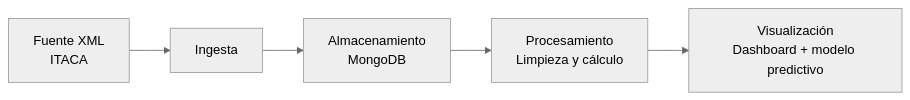
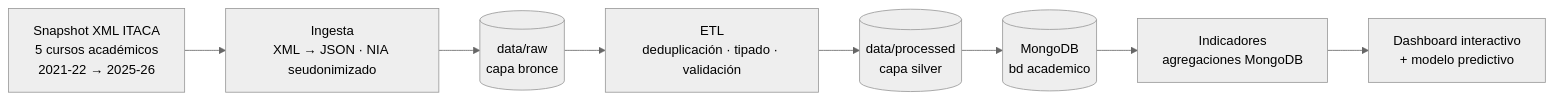
One commit to giancarlosgonzalesbarraza-blip/bigdata-p1-itaca changed the diagram in README.md. Above: the diagram before and after it, drawn with Mermaid (neutral theme). The commit also changed other lines of this file and 5 other files, not shown here.

````diff
--- a/README.md
+++ b/README.md
@@ -20,7 +30,13 @@
 ```mermaid
-graph LR
-    A[Fuente XML<br/>ITACA] --> B[Ingesta]
-    B --> C[Almacenamiento<br/>MongoDB]
-    C --> D[Procesamiento<br/>Limpieza y cálculo]
-    D --> E[Visualización<br/>Dashboard + modelo predictivo]
+flowchart LR
+    A["Snapshot XML ITACA<br/>5 cursos académicos<br/>2021-22 → 2025-26"]
+    B["Ingesta<br/>XML → JSON · NIA seudonimizado"]
+    C[("data/raw<br/>capa bronce")]
+    D["ETL<br/>deduplicación · tipado · validación"]
+    E[("data/processed<br/>capa silver")]
+    F[("MongoDB<br/>bd academico")]
+    G["Indicadores<br/>agregaciones MongoDB"]
+    H["Dashboard interactivo<br/>+ modelo predictivo"]
+
+    A --> B --> C --> D --> E --> F --> G --> H
 ```
````
